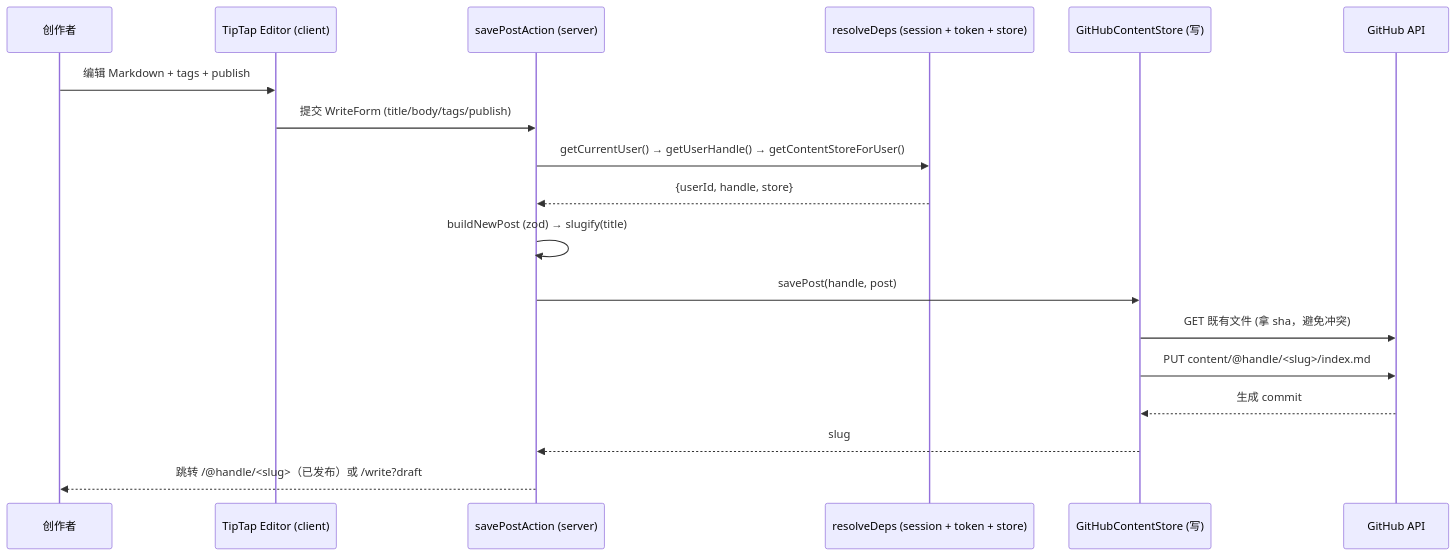
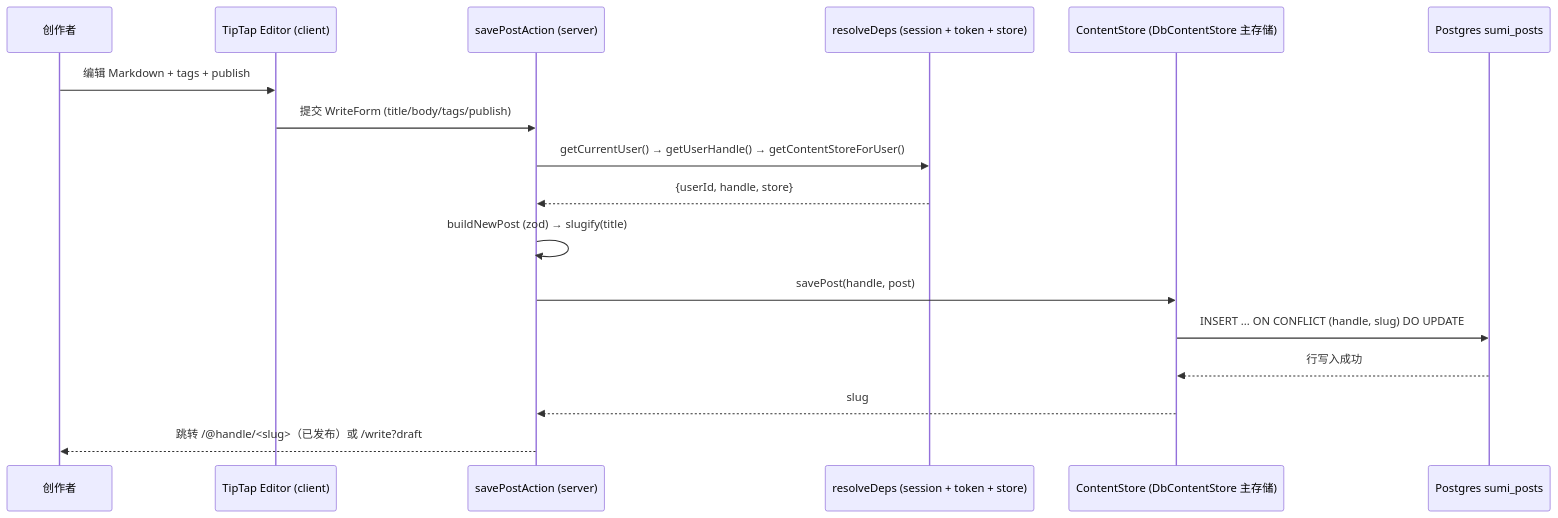
Before and after one commit to fuyucn/sumi: the sixth of 11 diagrams in docs/ARCHITECTURE.md, drawn with Mermaid. The commit also changed other lines of this file and 9 other files, not shown here.

First line of the commit message:
docs: align storage docs with Postgres-first (no GitHub repo needed)

````diff
--- a/docs/ARCHITECTURE.md
+++ b/docs/ARCHITECTURE.md
@@ -262,21 +273,20 @@
 ```mermaid
 sequenceDiagram
     participant W as 创作者
     participant E as TipTap Editor (client)
     participant A as savePostAction (server)
     participant D as resolveDeps (session + token + store)
-    participant CS as GitHubContentStore (写)
-    participant G as GitHub API
+    participant CS as ContentStore (DbContentStore 主存储)
+    participant S as Postgres sumi_posts
 
     W->>E: 编辑 Markdown + tags + publish
     E->>A: 提交 WriteForm (title/body/tags/publish)
     A->>D: getCurrentUser() → getUserHandle() → getContentStoreForUser()
     D-->>A: {userId, handle, store}
     A->>A: buildNewPost (zod) → slugify(title)
     A->>CS: savePost(handle, post)
-    CS->>G: GET 既有文件 (拿 sha，避免冲突)
-    CS->>G: PUT content/@handle/<slug>/index.md
-    G-->>CS: 生成 commit
+    CS->>S: INSERT ... ON CONFLICT (handle, slug) DO UPDATE
+    S-->>CS: 行写入成功
     CS-->>A: slug
     A-->>W: 跳转 /@handle/<slug>（已发布）或 /write?draft
 ```
````
